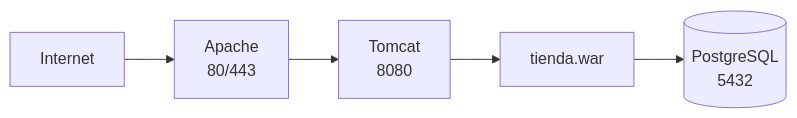
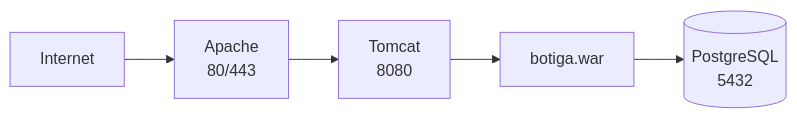
The second of 4 diagrams in docs/daw-daw/up3/08-administracion-documentacion.md (jordicido/jordicina), drawn with Mermaid before and after one commit. The commit also changed other lines of this file and 10 other files, not shown here.

````diff
--- a/docs/daw-daw/up3/08-administracion-documentacion.md
+++ b/docs/daw-daw/up3/08-administracion-documentacion.md
@@ -77,7 +77,7 @@
 ```mermaid
 flowchart LR
     I["Internet"] --> A["Apache<br/>80/443"]
     A --> T["Tomcat<br/>8080"]
-    T --> APP["tienda.war"]
+    T --> APP["botiga.war"]
     APP --> DB[("PostgreSQL<br/>5432")]
 ```
````
